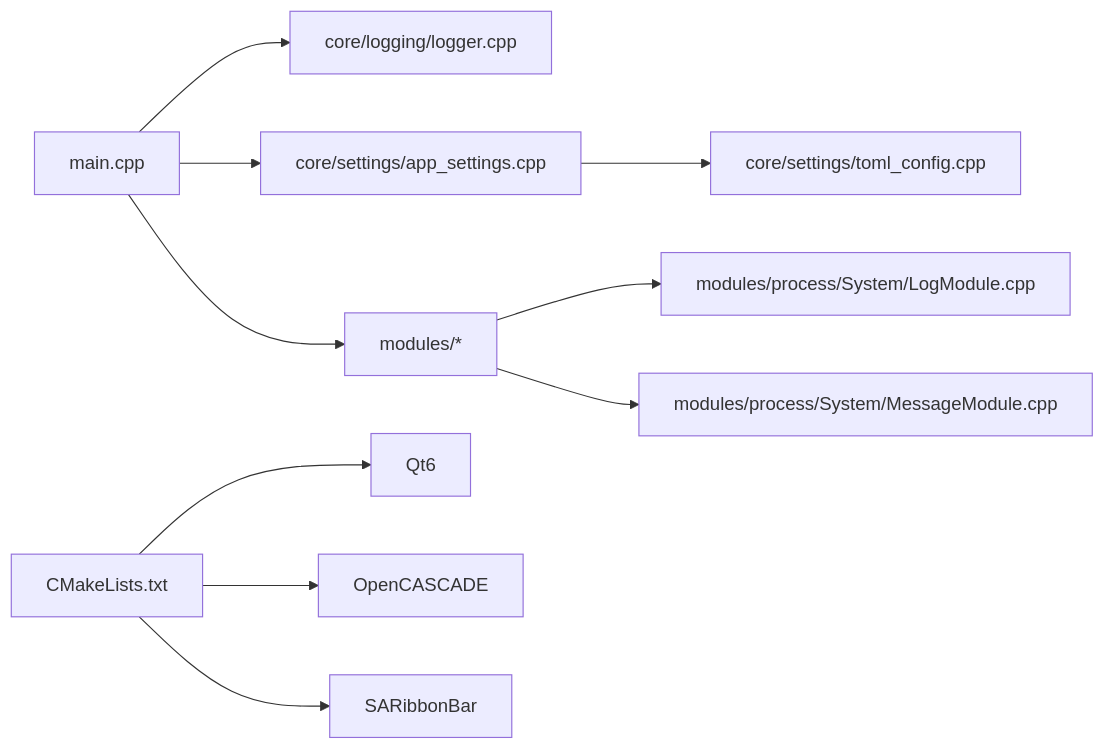
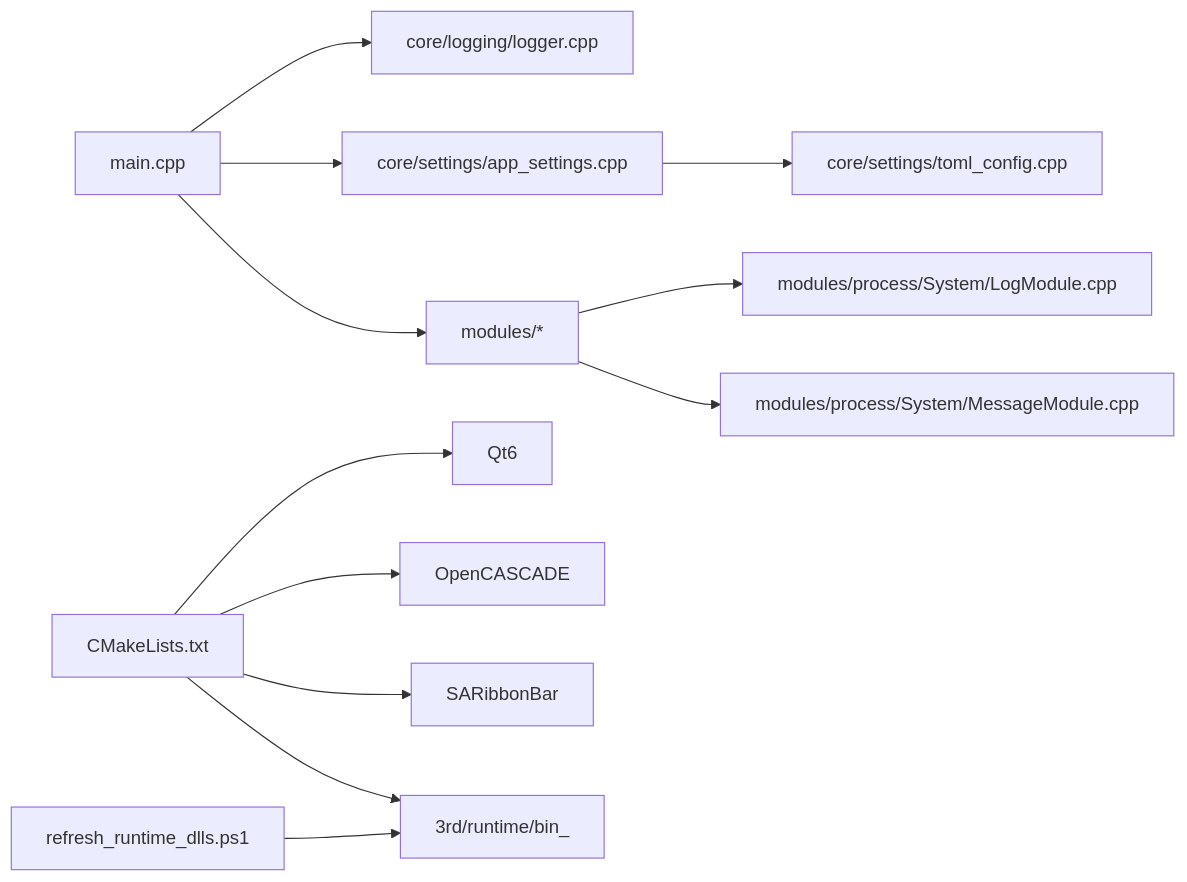
The seventh of 7 diagrams in .qoder/repowiki/zh/content/部署运维/部署运维.md (super1wang/LaserCNCv1.0), drawn with Mermaid before and after one commit. The commit also changed other lines of this file and 23 other files, not shown here.

````diff
--- a/.qoder/repowiki/zh/content/部署运维/部署运维.md
+++ b/.qoder/repowiki/zh/content/部署运维/部署运维.md
@@ -264,12 +338,14 @@
 ```mermaid
 graph LR
 Main["main.cpp"] --> LoggerCore["core/logging/logger.cpp"]
 Main --> AppSettings["core/settings/app_settings.cpp"]
 AppSettings --> TomlCfg["core/settings/toml_config.cpp"]
 Main --> Modules["modules/*"]
 Modules --> LogMod["modules/process/System/LogModule.cpp"]
 Modules --> MsgMod["modules/process/System/MessageModule.cpp"]
 CMake["CMakeLists.txt"] --> Qt["Qt6"]
 CMake --> OCC["OpenCASCADE"]
 CMake --> SRib["SARibbonBar"]
+PS["refresh_runtime_dlls.ps1"] --> Runtime["3rd/runtime/bin_<config>"]
+CMake --> Runtime
 ```
````
